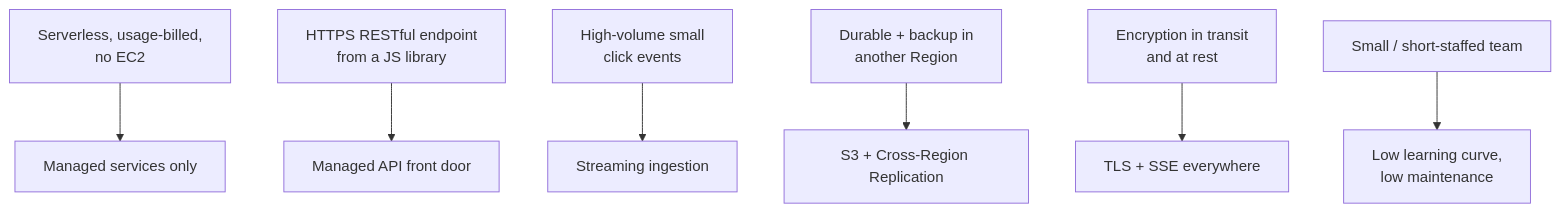
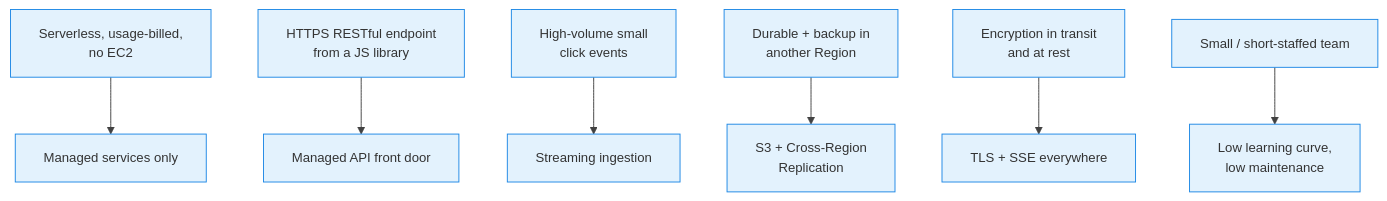
One commit to senthilkumarm1901/learn_by_blogging changed the third of 16 diagrams in aws_cloud_technical_essentials_book/11-serverless-data-analytics.qmd. Above: the diagram before and after it, drawn with Mermaid. The commit also changed other lines of this file and 3 other files, not shown here.

Commit message:
updated diagrams, business cases used

````diff
--- a/aws_cloud_technical_essentials_book/11-serverless-data-analytics.qmd
+++ b/aws_cloud_technical_essentials_book/11-serverless-data-analytics.qmd
@@ -84,9 +103,10 @@
 ```{mermaid}
+%%{init: {'theme': 'base', 'themeVariables': {'primaryColor': '#E3F2FD', 'primaryBorderColor': '#1E88E5', 'lineColor': '#424242', 'fontSize': '14px'}}}%%
 flowchart TD
     R1["Serverless, usage-billed,<br>no EC2"] --> D1["Managed services only"]
     R2["HTTPS RESTful endpoint<br>from a JS library"] --> D2["Managed API front door"]
     R3["High-volume small<br>click events"] --> D3["Streaming ingestion"]
-    R4["Durable + backup in<br>another Region"] --> D4["S3 + Cross-Region Replication"]
+    R4["Durable + backup in<br>another Region"] --> D4["S3 + Cross-Region<br>Replication"]
     R5["Encryption in transit<br>and at rest"] --> D5["TLS + SSE everywhere"]
     R6["Small / short-staffed team"] --> D6["Low learning curve,<br>low maintenance"]
 ```
````
